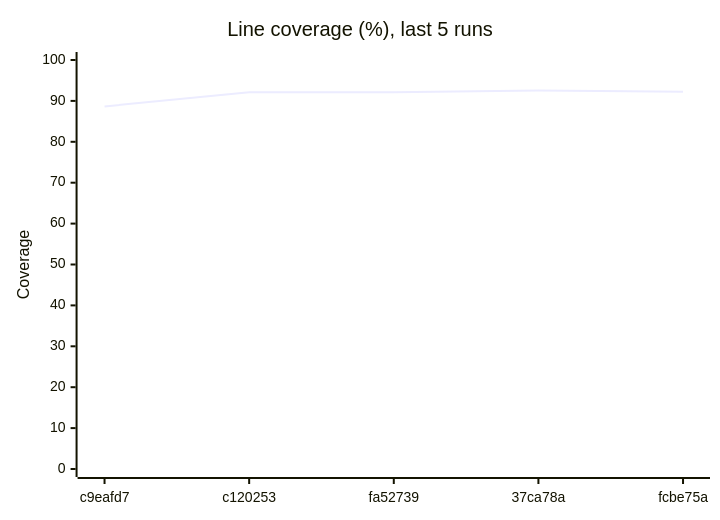
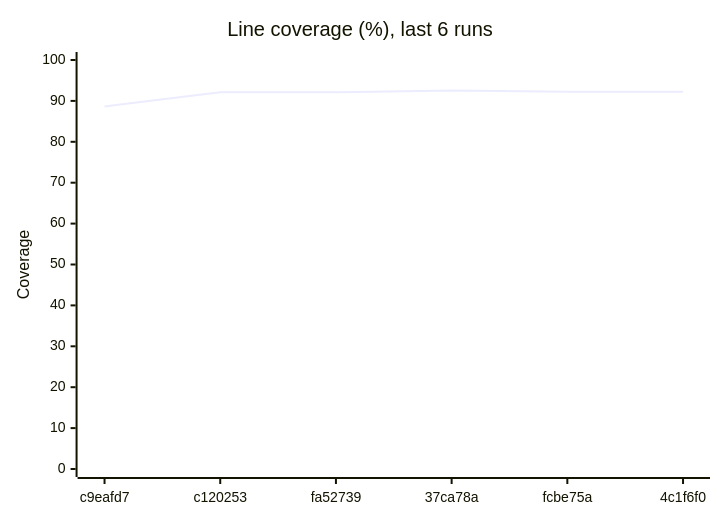
The third of 3 diagrams in reports/summary.md (Shirojoufu/Flaky-Tests), drawn with Mermaid before and after one commit. The commit also changed other lines of this file and 5 other files, not shown here.

````diff
--- a/reports/summary.md
+++ b/reports/summary.md
@@ -33,7 +33,7 @@
 ```mermaid
 xychart-beta
-    title "Line coverage (%), last 5 runs"
-    x-axis ["c9eafd7", "c120253", "fa52739", "37ca78a", "fcbe75a"]
+    title "Line coverage (%), last 6 runs"
+    x-axis ["c9eafd7", "c120253", "fa52739", "37ca78a", "fcbe75a", "4c1f6f0"]
     y-axis "Coverage" 0 --> 100
-    line [88.65, 92.11, 92.13, 92.54, 92.26]
+    line [88.65, 92.11, 92.13, 92.54, 92.26, 92.26]
 ```
````
